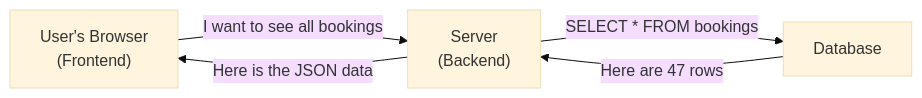
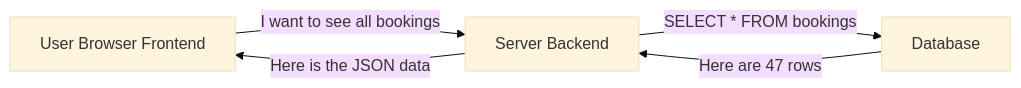
Before and after one commit to wongjinar-ai/expample: the first of 7 diagrams in learning/02-backend.md, drawn with Mermaid (base theme). The commit also changed other lines of this file and 16 other files, not shown here.

````diff
--- a/learning/02-backend.md
+++ b/learning/02-backend.md
@@ -7,11 +7,11 @@
 ```mermaid
-graph LR
-    User["User's Browser\n(Frontend)"]
-    Server["Server\n(Backend)"]
-    DB["Database"]
+flowchart LR
+    User[User Browser Frontend]
+    Server[Server Backend]
+    DB[Database]
 
     User -->|"I want to see all bookings"| Server
     Server -->|"SELECT * FROM bookings"| DB
     DB -->|"Here are 47 rows"| Server
     Server -->|"Here is the JSON data"| User
 ```
````
